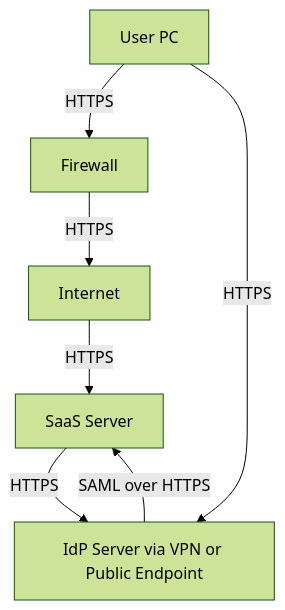
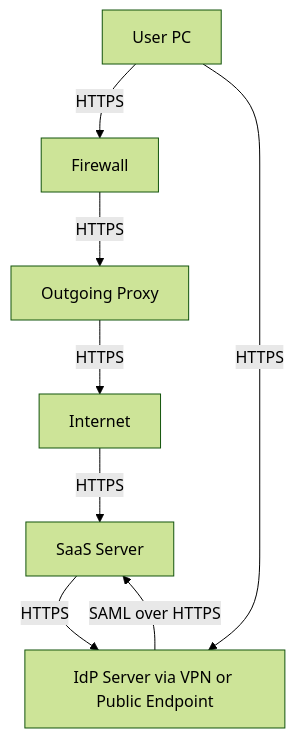
The sixth of 8 diagrams in design_patterns/security/sso.md (neoalienson/architect_library), drawn with Mermaid (forest theme) before and after one commit. The commit also changed other lines of this file and 1 other file, not shown here.

````diff
--- a/design_patterns/security/sso.md
+++ b/design_patterns/security/sso.md
@@ -111,9 +112,10 @@
 ```mermaid
 graph TD
     UserPC[User PC] -->|HTTPS| Firewall[Firewall]
-    Firewall -->|HTTPS| Internet[Internet]
+    Firewall -->|HTTPS| Proxy[Outgoing Proxy]
+    Proxy -->|HTTPS| Internet[Internet]
     Internet -->|HTTPS| SaaSServer[SaaS Server]
     SaaSServer -->|HTTPS| IdPServer[IdP Server via VPN or Public Endpoint]
     UserPC -->|HTTPS| IdPServer
     IdPServer -->|SAML over HTTPS| SaaSServer
 ```
````
